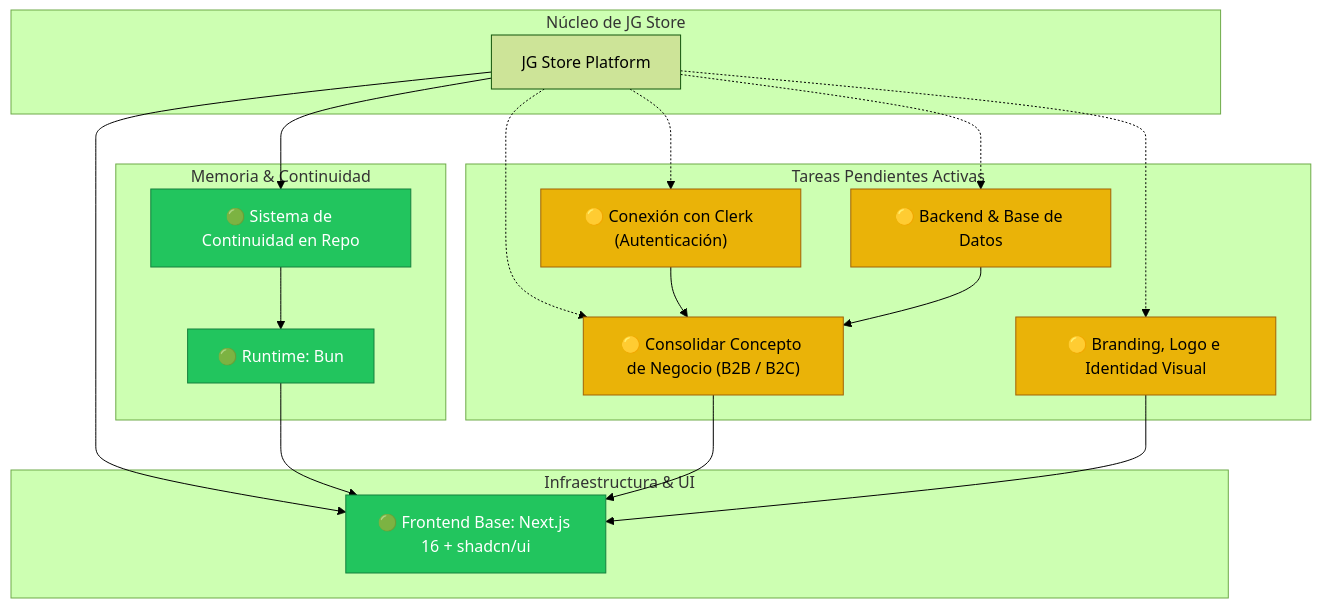
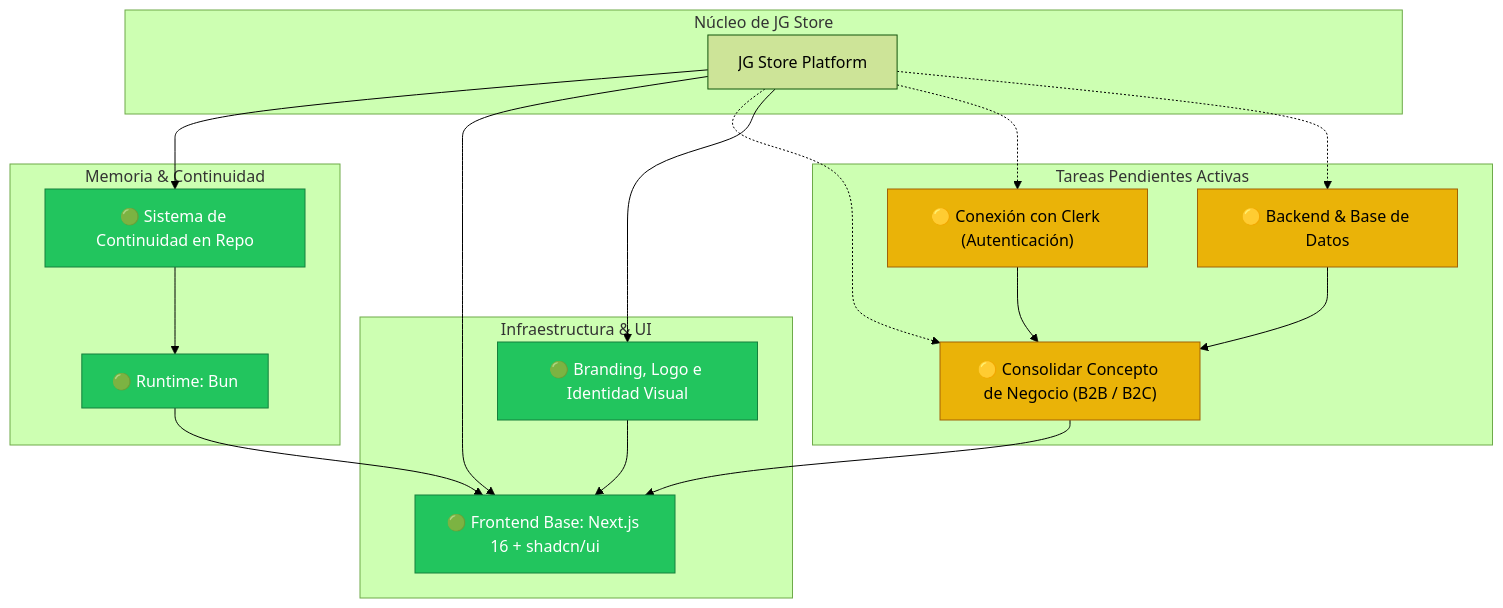
One commit to CientificoJose/jg-store changed the diagram in .agents/knowledge/graph.md. Above: the diagram before and after it, drawn with Mermaid (forest theme). The commit also changed other lines of this file and 12 other files, not shown here.

Commit message:
feat(branding): add official JG-STORE Polirubro SVG logo, BrandLogo component, and pink/white theme

````diff
--- a/.agents/knowledge/graph.md
+++ b/.agents/knowledge/graph.md
@@ -10,43 +10,43 @@
 ```mermaid
 graph TD
     subgraph Core [Núcleo de JG Store]
         JG[JG Store Platform]
     end
 
     subgraph Memoria [Memoria & Continuidad]
         CS[🟢 Sistema de Continuidad en Repo]
         BUN[🟢 Runtime: Bun]
     end
 
     subgraph Fundacion [Infraestructura & UI]
         FE[🟢 Frontend Base: Next.js 16 + shadcn/ui]
+        BR[🟢 Branding, Logo e Identidad Visual]
     end
 
     subgraph Pendientes [Tareas Pendientes Activas]
         BM["🟡 Consolidar Concepto de Negocio (B2B / B2C)"]
-        BR["🟡 Branding, Logo e Identidad Visual"]
         CL["🟡 Conexión con Clerk (Autenticación)"]
         DB["🟡 Backend & Base de Datos"]
     end
 
     JG --> CS
     JG --> FE
     CS --> BUN
     BUN --> FE
     
     JG -.-> BM
-    JG -.-> BR
+    JG --> BR
     JG -.-> CL
     JG -.-> DB
     
     BM --> FE
     BR --> FE
     CL --> BM
     DB --> BM
 
     classDef completed fill:#22c55e,stroke:#15803d,color:#fff;
     classDef pending fill:#eab308,stroke:#a16207,color:#000;
     
-    class CS,BUN,FE completed;
-    class BM,BR,CL,DB pending;
+    class CS,BUN,FE,BR completed;
+    class BM,CL,DB pending;
 ```
````
